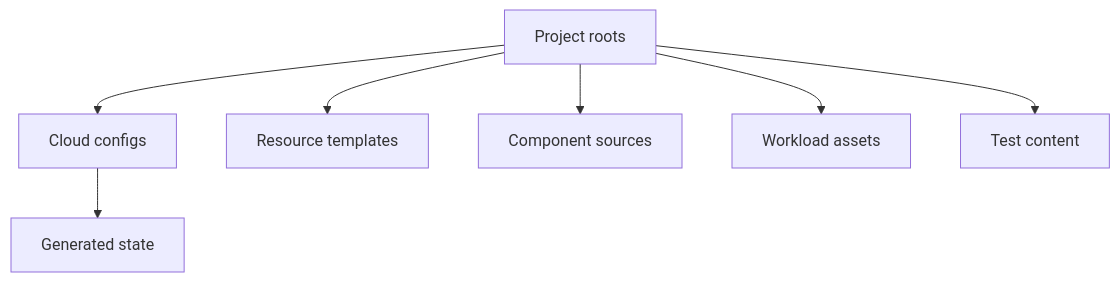
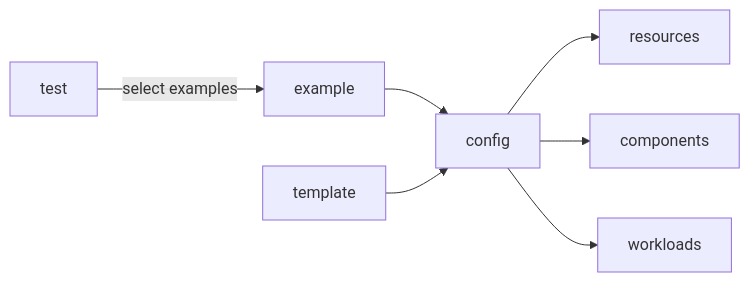
Before and after one commit to alissonsol/yuruna: the fifth of 7 diagrams in docs/design/02-component-breakdown.md, drawn with Mermaid. The commit also changed other lines of this file and 901 other files, not shown here.

````diff
--- a/docs/design/02-component-breakdown.md
+++ b/docs/design/02-component-breakdown.md
@@ -114,9 +152,16 @@
 ```mermaid
-flowchart TD
-  project-roots["Project roots"] --> cloud-configs["Cloud configs"]
-  project-roots --> resource-templates["Resource templates"]
-  project-roots --> component-sources["Component sources"]
-  project-roots --> workload-assets["Workload assets"]
-  project-roots --> test-content["Test content"]
-  cloud-configs --> generated-state["Generated state"]
+flowchart LR
+    example["example"]
+    template["template"]
+    test["test"]
+    config["config"]
+    resources["resources"]
+    components["components"]
+    workloads["workloads"]
+    example --> config
+    template --> config
+    config --> resources
+    config --> components
+    config --> workloads
+    test -->|select examples| example
 ```
````
